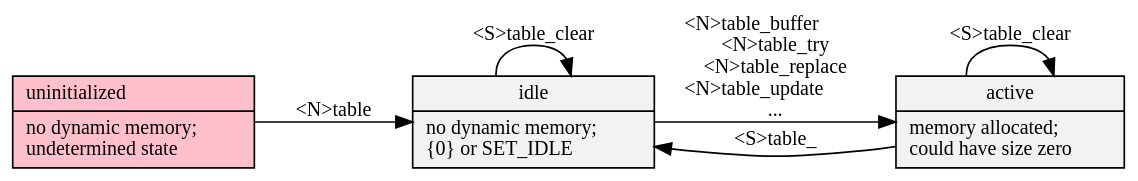
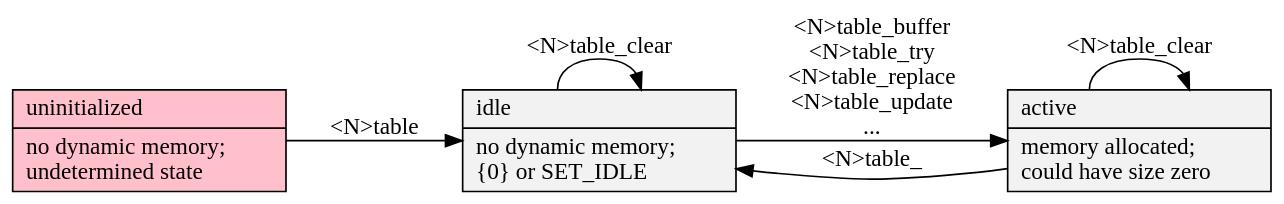
Before and after one commit to neil-edelman/boxes: the diagram in web/states.gv, drawn with Graphviz. The commit also changed 6 other files, not shown here.

Commit message:
Consitent diagrams.

```diff
--- a/web/states.gv
+++ b/web/states.gv
@@ -1,19 +1,13 @@
 digraph {
-	rankdir = LR;
-	graph [truecolor=true, bgcolor=transparent];
-	node [shape = "record", style=filled, fillcolor="Grey95"];
-	fontname = "Bitstream Vera Sans";
-	fontsize = 12;
-	node [fontname = "Bitstream Vera Sans", fontsize = 12];
-	edge [fontname = "Bitstream Vera Sans" fontsize = 12];
-
-	node [shape=record, style=filled];
-	null [label="uninitialized\l|no dynamic memory;\lundetermined state\l", fillcolor="Pink"];
-	static [ label = "idle|no dynamic memory;\l\{0\} or SET_IDLE\l" ];
-	dynamic [ label = "active|memory allocated;\lcould have size zero\l" ];
-	null -> static [ label = "<N>table" ];
-	static -> dynamic [ label = "<N>table_buffer\l<N>table_try\n<N>table_replace\n<N>table_update\l..." ];
-	dynamic -> static [ label = "<S>table_" ];
-	dynamic -> dynamic [ label = "<S>table_clear" ];
-	static -> static [ label = "<S>table_clear" ];
+	graph [rankdir = LR, truecolor=true, bgcolor=transparent, fontname = "Bitstream Vera Sans"];
+	node [shape=record, style=filled, fillcolor="Grey95", fontname="Bitstream Vera Sans"];
+	edge [fontname="Bitstream Vera Sans"];
+	null [label = "uninitialized\l|no dynamic memory;\lundetermined state\l", fillcolor="Pink"];
+	static [label = "idle\l|no dynamic memory;\l\{0\} or SET_IDLE\l"];
+	dynamic [label = "active\l|memory allocated;\lcould have size zero\l"];
+	null -> static [label = "<N>table"];
+	static -> dynamic [ label = "<N>table_buffer\n<N>table_try\n<N>table_replace\n<N>table_update\n..." ];
+	dynamic -> static [label = "<N>table_"];
+	dynamic -> dynamic [label = "<N>table_clear"];
+	static -> static [ label = "<N>table_clear"];
 }
```
